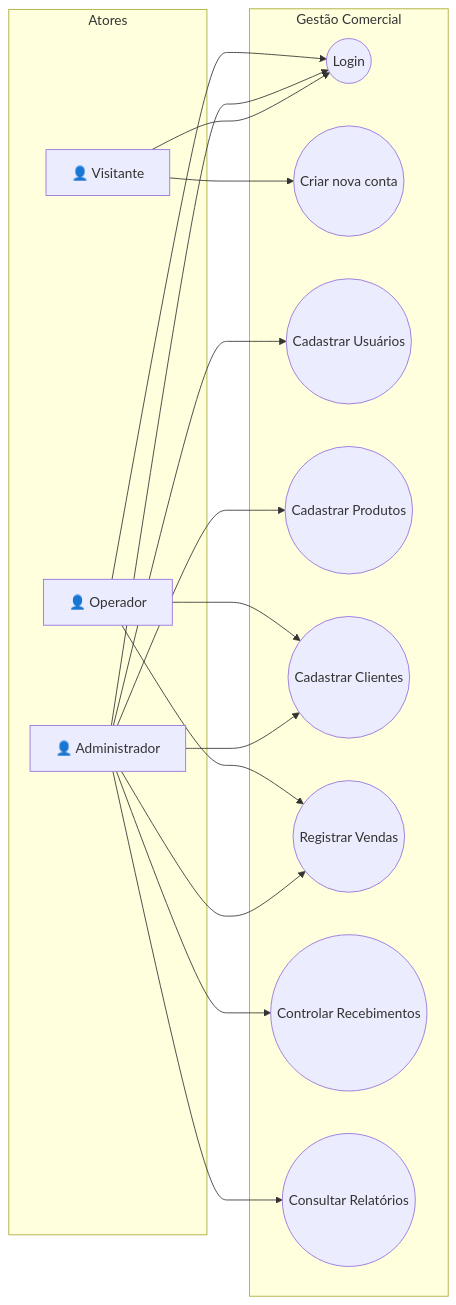
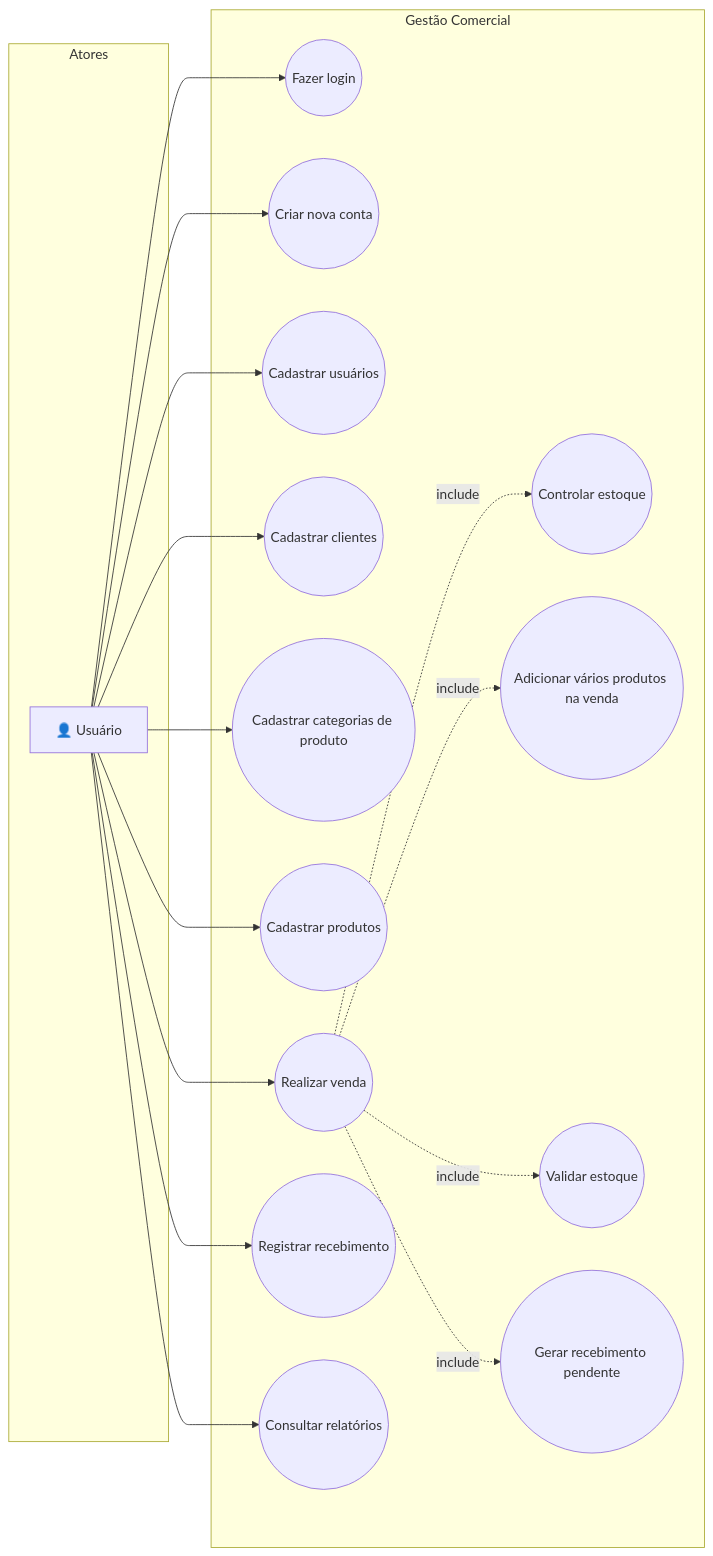
The second of 11 diagrams in README.md (EduardoHenrrykSimonato/sistema-gestao-comercial), drawn with Mermaid before and after one commit. The commit also changed other lines of this file and 3 other files, not shown here.

Commit message:
docs: auditoria e sincronizacao de todos os diagramas Mermaid do projeto

````diff
--- a/README.md
+++ b/README.md
@@ -98,34 +98,38 @@
 ```mermaid
 flowchart LR
     subgraph Atores
-        Visitante["👤 Visitante"]
-        Admin["👤 Administrador"]
-        Op["👤 Operador"]
+        Usuario["👤 Usuário"]
     end
 
     subgraph Sistema ["Gestão Comercial"]
-        UC_Login(("Login"))
+        UC_Login(("Fazer login"))
         UC_CriarConta(("Criar nova conta"))
-        UC_CadUsu(("Cadastrar Usuários"))
-        UC_CadProd(("Cadastrar Produtos"))
-        UC_CadCli(("Cadastrar Clientes"))
-        UC_Venda(("Registrar Vendas"))
-        UC_Receber(("Controlar Recebimentos"))
-        UC_Relat(("Consultar Relatórios"))
+        UC_CadUsu(("Cadastrar usuários"))
+        UC_CadCli(("Cadastrar clientes"))
+        UC_CadCat(("Cadastrar categorias de produto"))
+        UC_CadProd(("Cadastrar produtos"))
+        UC_ContEst(("Controlar estoque"))
+        UC_Venda(("Realizar venda"))
+        UC_VariosProd(("Adicionar vários produtos na venda"))
+        UC_ValEst(("Validar estoque"))
+        UC_GerRec(("Gerar recebimento pendente"))
+        UC_RegRec(("Registrar recebimento"))
+        UC_Relat(("Consultar relatórios"))
     end
 
-    Visitante --> UC_Login
-    Visitante --> UC_CriarConta
+    Usuario --> UC_Login
+    Usuario --> UC_CriarConta
+    Usuario --> UC_CadUsu
+    Usuario --> UC_CadCli
+    Usuario --> UC_CadCat
+    Usuario --> UC_CadProd
+    Usuario --> UC_Venda
+    Usuario --> UC_RegRec
+    Usuario --> UC_Relat
 
-    Admin --> UC_Login
-    Admin --> UC_CadUsu
-    Admin --> UC_CadProd
-    Admin --> UC_CadCli
-    Admin --> UC_Venda
-    Admin --> UC_Receber
-    Admin --> UC_Relat
-
-    Op --> UC_Login
-    Op --> UC_CadCli
-    Op --> UC_Venda
+    %% Relações de Inclusão / Dependência
+    UC_Venda -.->|include| UC_VariosProd
+    UC_Venda -.->|include| UC_ValEst
+    UC_Venda -.->|include| UC_GerRec
+    UC_Venda -.->|include| UC_ContEst
 ```
````
